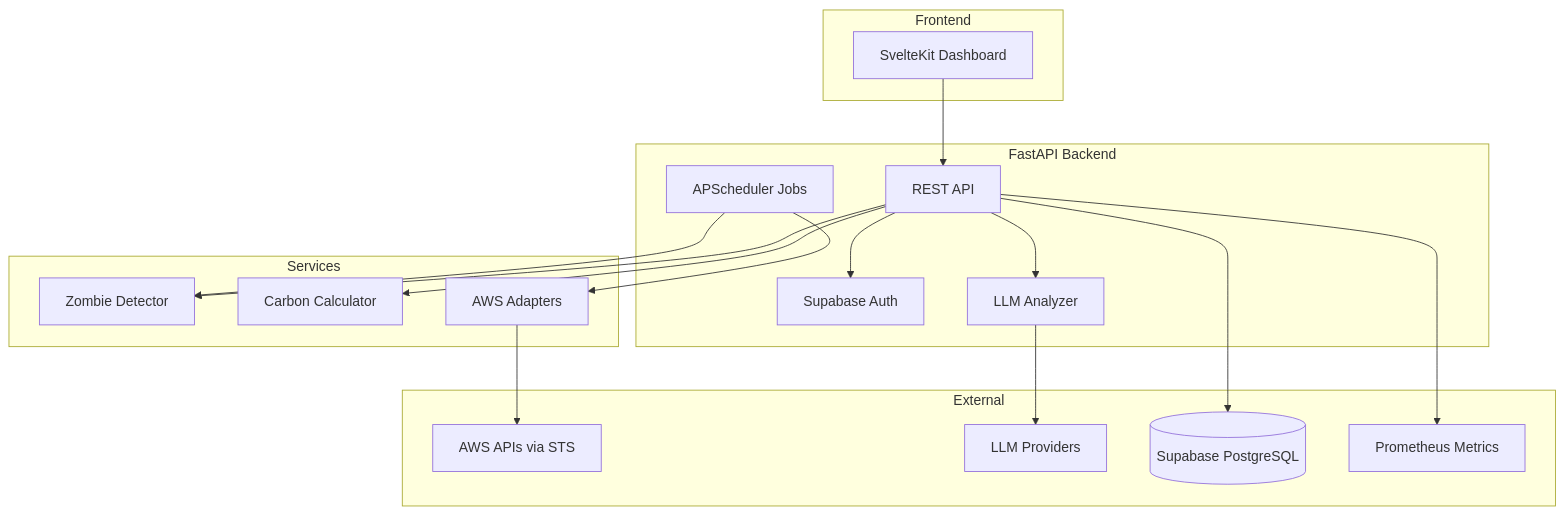
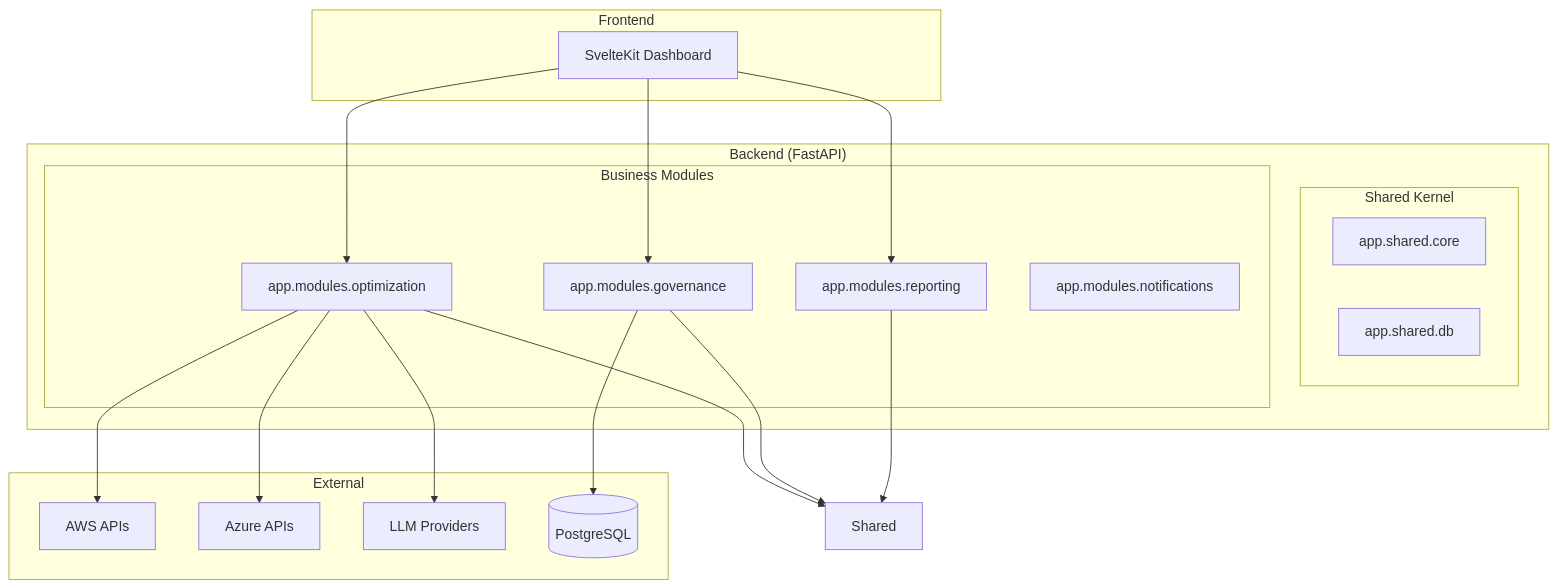
One commit to daretechie/CloudSentinel-AI changed the diagram in docs/ARCHITECTURE.md. Above: the diagram before and after it, drawn with Mermaid. The commit also changed other lines of this file and 488 other files, not shown here.

````diff
--- a/docs/ARCHITECTURE.md
+++ b/docs/ARCHITECTURE.md
@@ -5,38 +17,40 @@
 ```mermaid
 graph TB
     subgraph Frontend
         SvelteKit[SvelteKit Dashboard]
     end
 
-    subgraph Backend["FastAPI Backend"]
-        API[REST API]
-        Auth[Supabase Auth]
-        Scheduler[APScheduler Jobs]
-        LLM[LLM Analyzer]
-    end
+    subgraph "Backend (FastAPI)"
+        subgraph "Shared Kernel"
+            Core[app.shared.core]
+            DB[app.shared.db]
+        end
 
-    subgraph Services
-        Zombies[Zombie Detector]
-        Carbon[Carbon Calculator]
-        Adapters[AWS Adapters]
+        subgraph "Business Modules"
+            Optimization[app.modules.optimization]
+            Governance[app.modules.governance]
+            Reporting[app.modules.reporting]
+            Notifications[app.modules.notifications]
+        end
     end
 
     subgraph External
-        AWS[AWS APIs via STS]
-        LLMProviders[LLM Providers]
-        Supabase[(Supabase PostgreSQL)]
-        Prometheus[Prometheus Metrics]
+        AWS[AWS APIs]
+        Azure[Azure APIs]
+        LLM[LLM Providers]
+        Supabase[(PostgreSQL)]
     end
 
-    SvelteKit --> API
-    API --> Auth
-    API --> Zombies
-    API --> Carbon
-    API --> LLM
-    Scheduler --> Adapters
-    Scheduler --> Zombies
-    Adapters --> AWS
-    LLM --> LLMProviders
-    API --> Supabase
-    API --> Prometheus
+    SvelteKit --> Governance
+    SvelteKit --> Optimization
+    SvelteKit --> Reporting
+    
+    Optimization --> Shared
+    Governance --> Shared
+    Reporting --> Shared
+    
+    Optimization --> AWS
+    Optimization --> Azure
+    Optimization --> LLM
+    Governance --> Supabase
 ```
````
